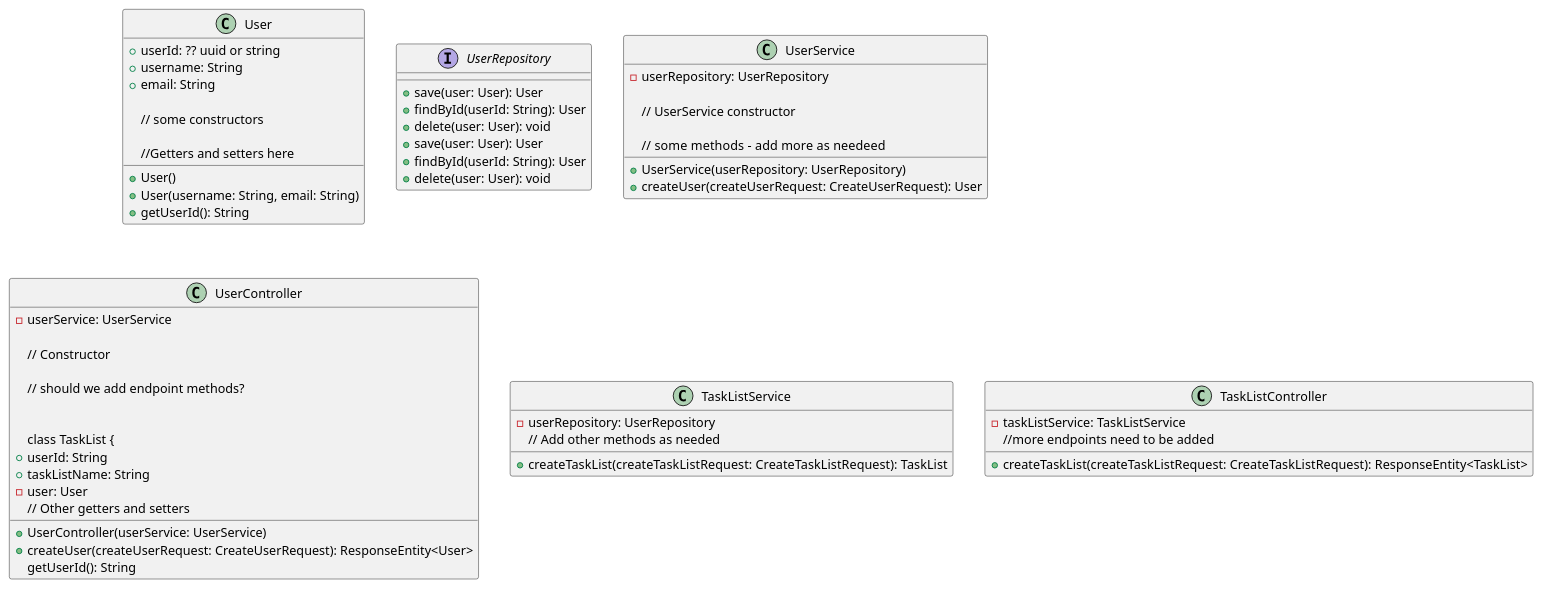
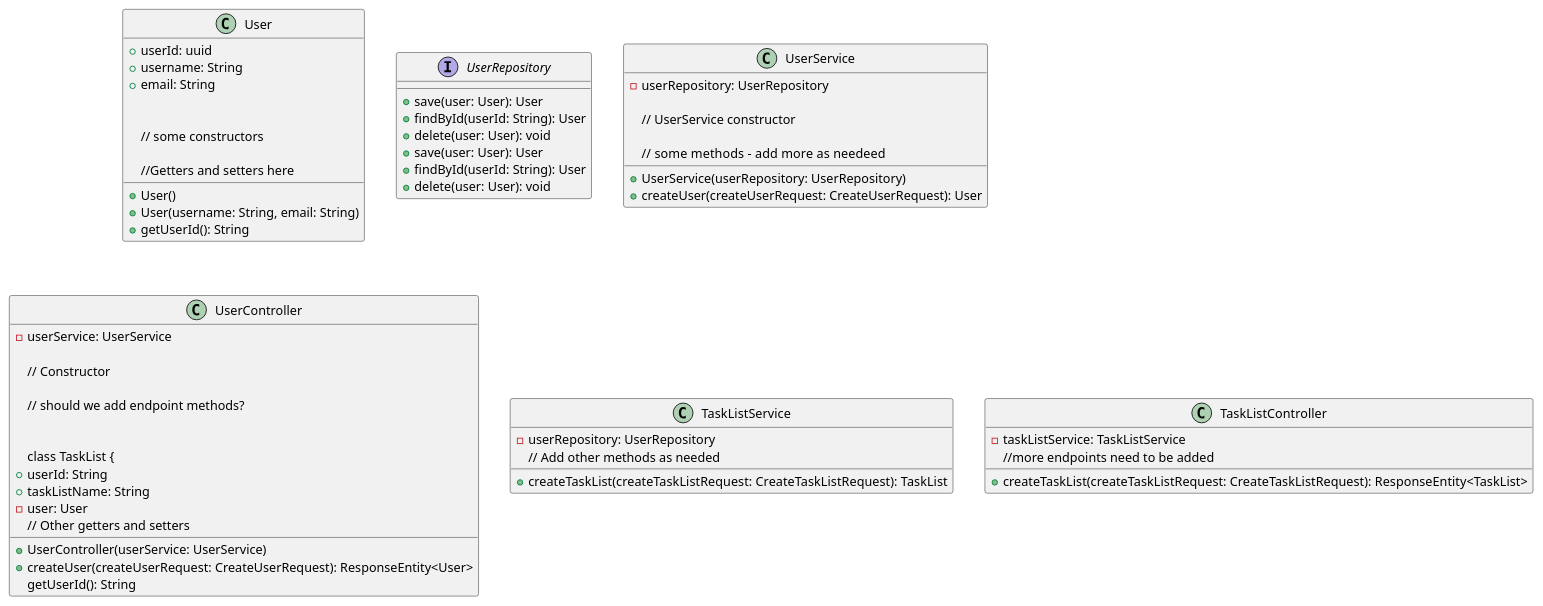
The diagram in Streamline.puml (adam-knight1/streamline), drawn with PlantUML before and after one commit.

Commit message:
updated uml

```diff
--- a/Streamline.puml
+++ b/Streamline.puml
@@ -1,68 +1,69 @@
 @startuml
 
 class User {
-+userId: ?? uuid or string
++userId: uuid
 +username: String
 +email: String
+
 
  // some constructors
 +User()
 +User(username: String, email: String)
 
 //Getters and setters here
 +getUserId(): String
 
 }
 interface UserRepository {
 +save(user: User): User
 +findById(userId: String): User
 +delete(user: User): void
 }
 class UserService {
 -userRepository: UserRepository
 
 // UserService constructor
 +UserService(userRepository: UserRepository)
 
 // some methods -  add more as needeed
 +createUser(createUserRequest: CreateUserRequest): User
 
 }
 
 class UserController {
 -userService: UserService
 
 // Constructor
 +UserController(userService: UserService)
 
 // should we add endpoint methods?
 +createUser(createUserRequest: CreateUserRequest): ResponseEntity<User>
 
 
 class TaskList {
 +userId: String
 +taskListName: String
 -user: User
 getUserId(): String
   // Other getters and setters
 }
 
 interface UserRepository {
 +save(user: User): User
  +findById(userId: String): User
 +delete(user: User): void
 }
 
 class TaskListService {
   -userRepository: UserRepository
   +createTaskList(createTaskListRequest: CreateTaskListRequest): TaskList
   // Add other methods as needed
 }
 
 class TaskListController {
 -taskListService: TaskListService
 +createTaskList(createTaskListRequest: CreateTaskListRequest): ResponseEntity<TaskList>
   //more endpoints need to be added
 }
 }
 @enduml
```
